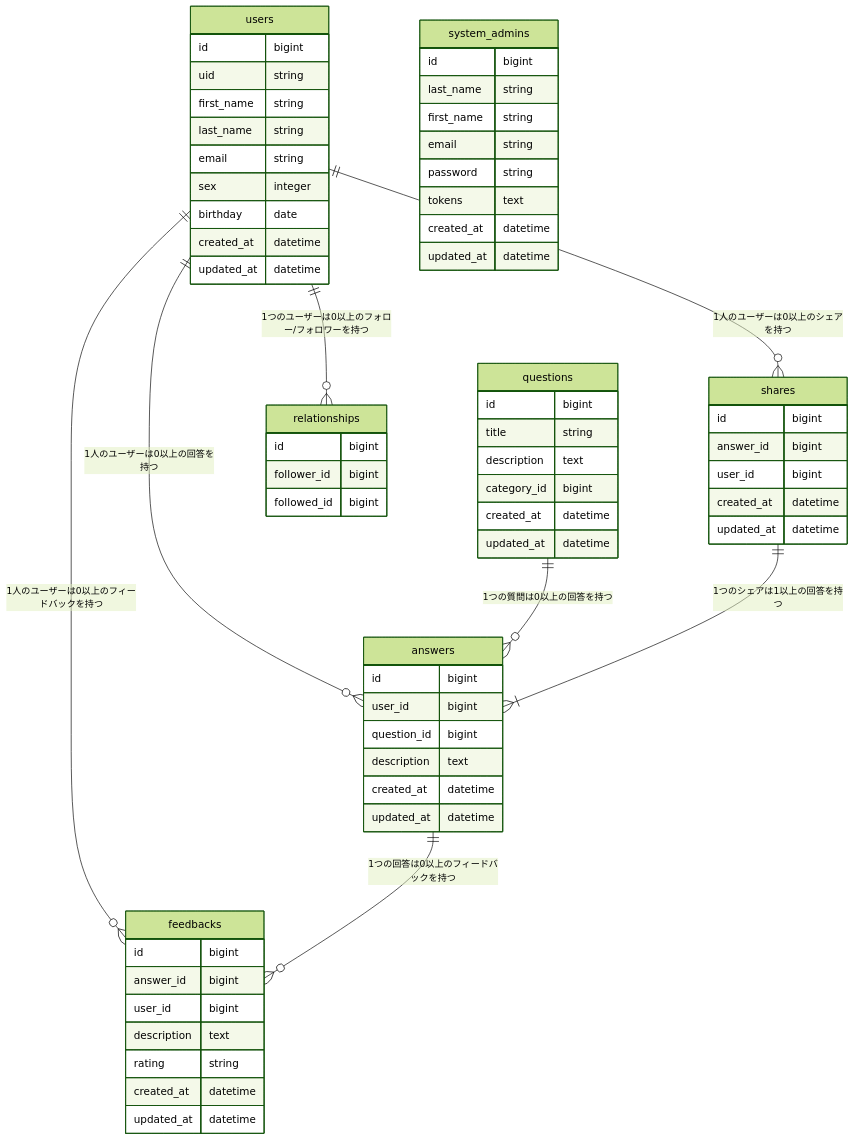
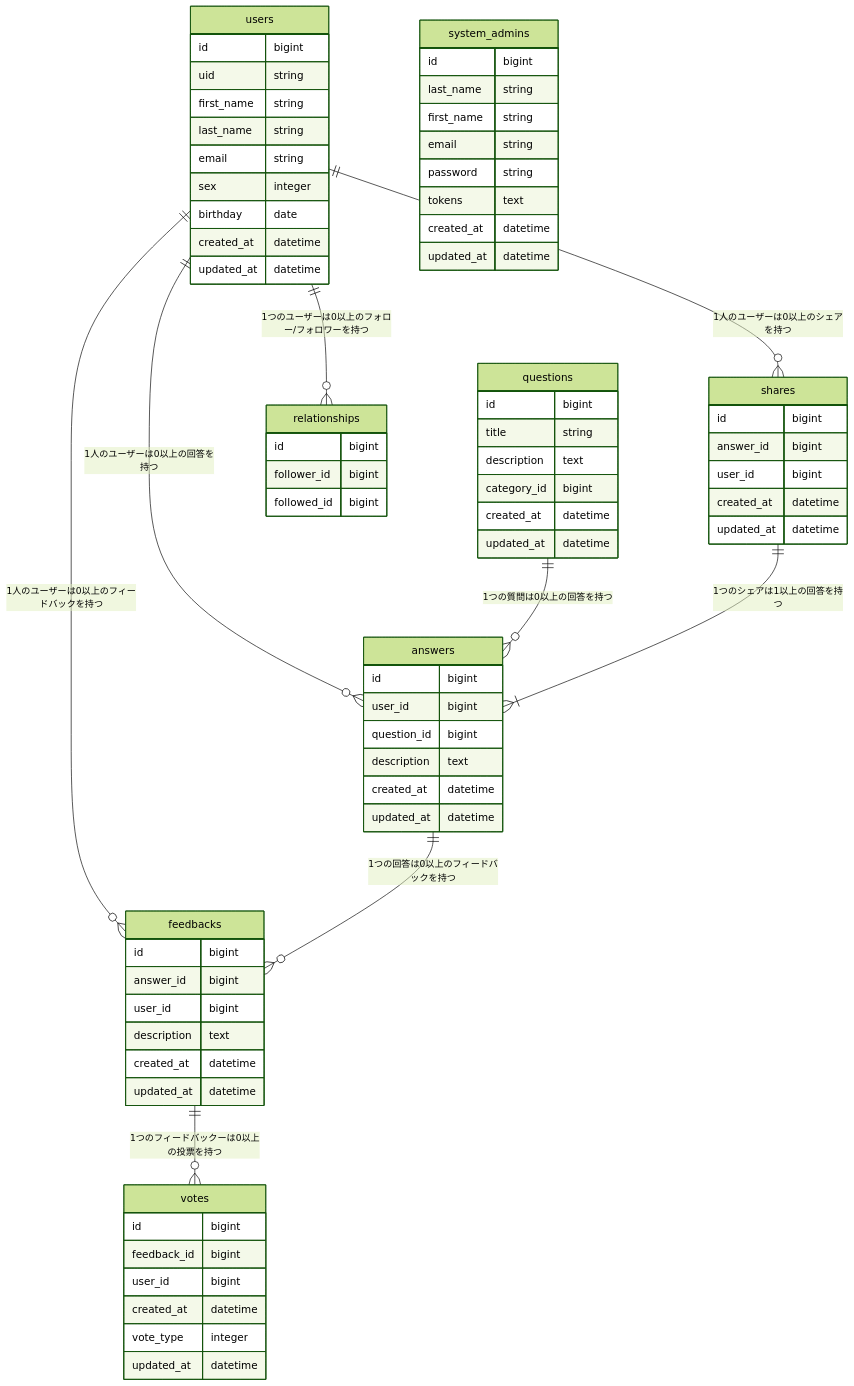
One commit to miuradaiki/cross_coaching_api changed the diagram in README.md. Above: the diagram before and after it, drawn with Mermaid (forest theme).

```diff
--- a/README.md
+++ b/README.md
@@ -16,6 +16,7 @@
 shares ||--|{ answers : "1つのシェアは1以上の回答を持つ"
 answers ||--o{ feedbacks : "1つの回答は0以上のフィードバックを持つ"
 users ||--o{ relationships : "1つのユーザーは0以上のフォロー/フォロワーを持つ"
+feedbacks ||--o{ votes : "1つのフィードバックーは0以上の投票を持つ"
 
 
 system_admins {
@@ -72,8 +73,16 @@
   answer_id bigint
   user_id bigint
   description text
-  rating string
   created_at datetime
+  updated_at datetime
+}
+
+votes {
+  id bigint
+  feedback_id bigint
+  user_id bigint
+  created_at datetime
+  vote_type integer
   updated_at datetime
 }
 
```
